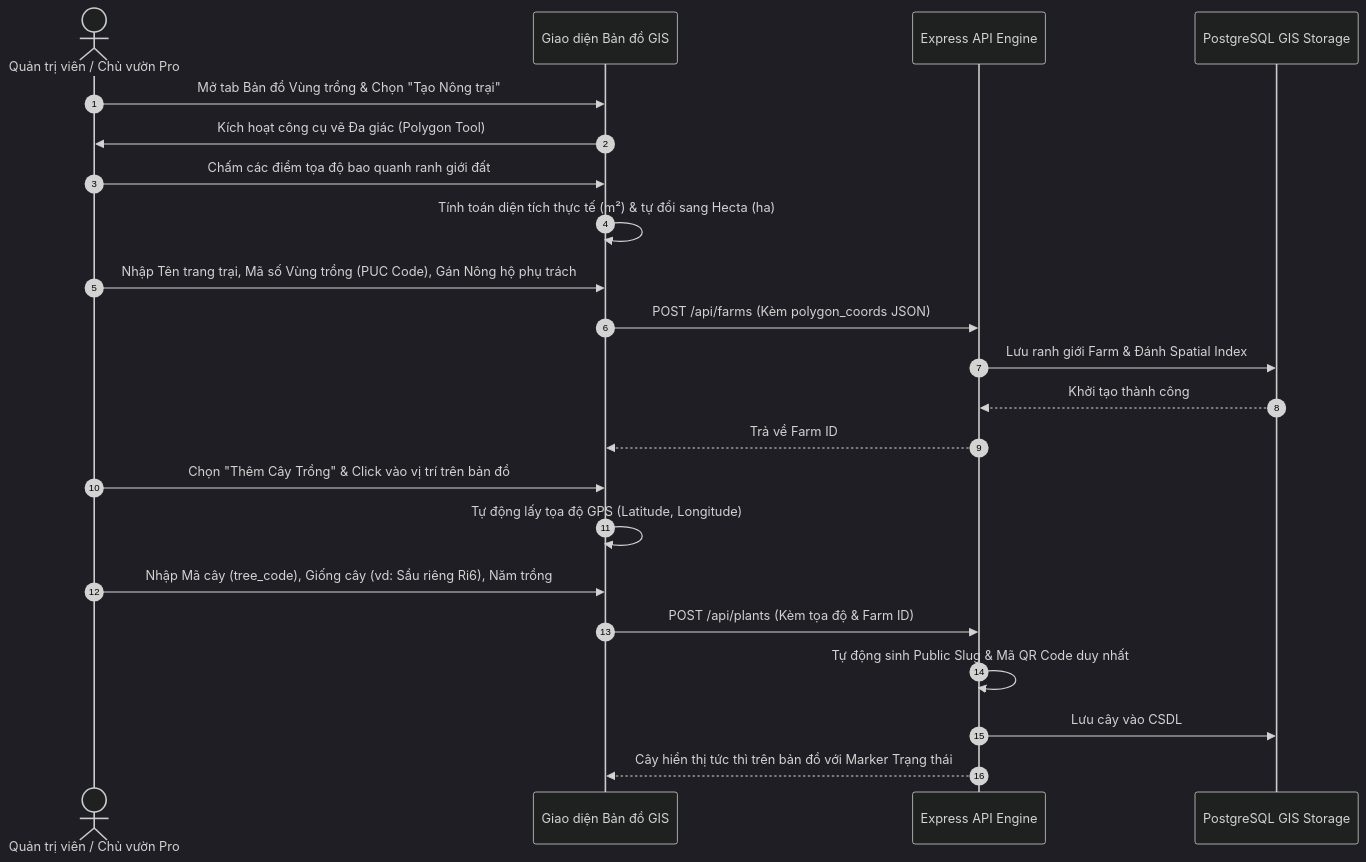
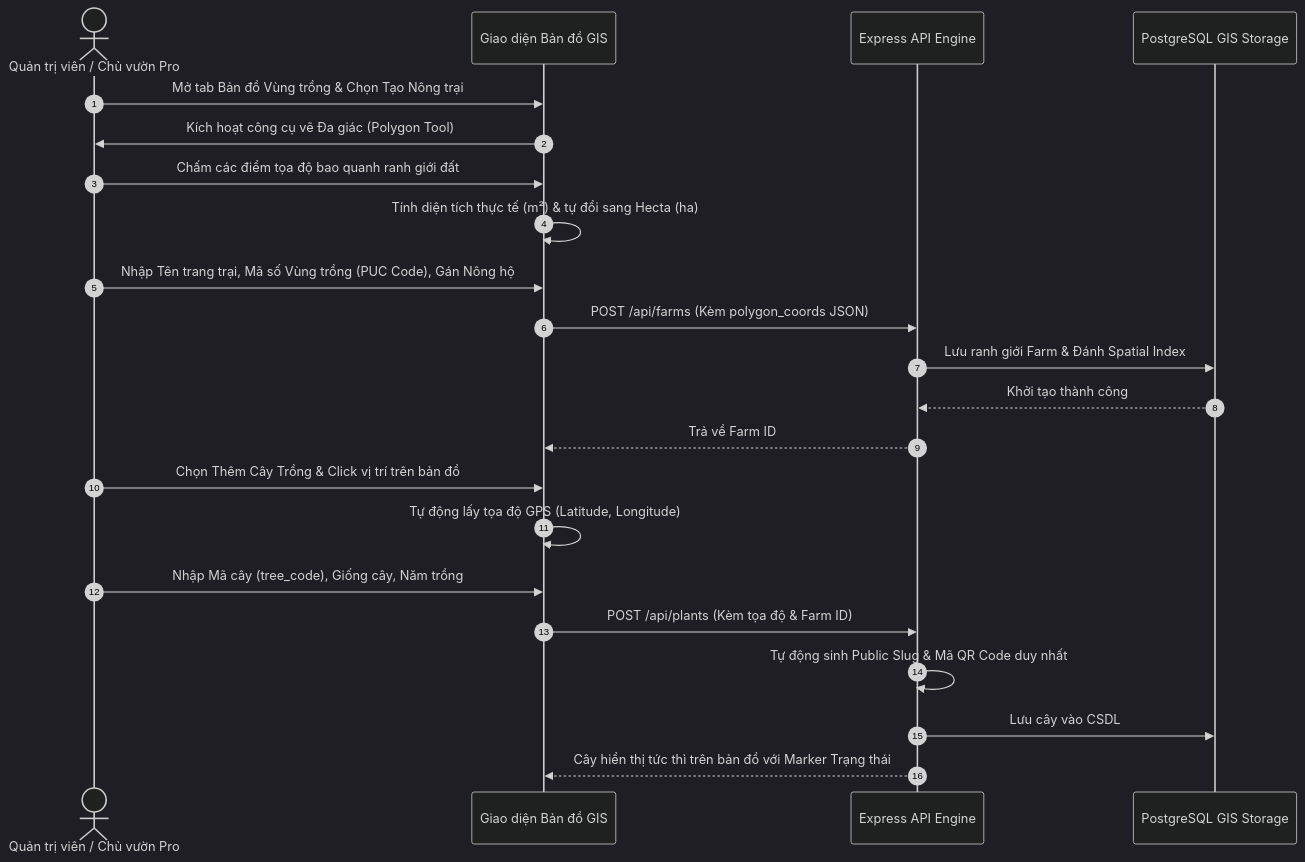
Before and after one commit to Phuc0901-pp/plant-book: the second of 6 diagrams in README.md, drawn with Mermaid (dark theme). The commit also changed other lines of this file, not shown here.

Commit message:
fix(docs): fix Mermaid diagram syntax and layout compatibility for GitHub rendering

````diff
--- a/README.md
+++ b/README.md
@@ -163,25 +163,25 @@
 ```mermaid
 sequenceDiagram
     autonumber
-    actor Admin as Quản trị viên / Chủ vườn Pro
-    participant Client as Giao diện Bản đồ GIS
-    participant Backend as Express API Engine
-    participant DB as PostgreSQL GIS Storage
+    actor A as Quản trị viên / Chủ vườn Pro
+    participant C as Giao diện Bản đồ GIS
+    participant B as Express API Engine
+    participant D as PostgreSQL GIS Storage
 
-    Admin->>Client: Mở tab Bản đồ Vùng trồng & Chọn "Tạo Nông trại"
-    Client->>Admin: Kích hoạt công cụ vẽ Đa giác (Polygon Tool)
-    Admin->>Client: Chấm các điểm tọa độ bao quanh ranh giới đất
-    Client->>Client: Tính toán diện tích thực tế (m²) & tự đổi sang Hecta (ha)
-    Admin->>Client: Nhập Tên trang trại, Mã số Vùng trồng (PUC Code), Gán Nông hộ phụ trách
-    Client->>Backend: POST /api/farms (Kèm polygon_coords JSON)
-    Backend->>DB: Lưu ranh giới Farm & Đánh Spatial Index
-    DB-->>Backend: Khởi tạo thành công
-    Backend-->>Client: Trả về Farm ID
-    Admin->>Client: Chọn "Thêm Cây Trồng" & Click vào vị trí trên bản đồ
-    Client->>Client: Tự động lấy tọa độ GPS (Latitude, Longitude)
-    Admin->>Client: Nhập Mã cây (tree_code), Giống cây (vd: Sầu riêng Ri6), Năm trồng
-    Client->>Backend: POST /api/plants (Kèm tọa độ & Farm ID)
-    Backend->>Backend: Tự động sinh Public Slug & Mã QR Code duy nhất
-    Backend->>DB: Lưu cây vào CSDL
-    Backend-->>Client: Cây hiển thị tức thì trên bản đồ với Marker Trạng thái
+    A->>C: Mở tab Bản đồ Vùng trồng & Chọn Tạo Nông trại
+    C->>A: Kích hoạt công cụ vẽ Đa giác (Polygon Tool)
+    A->>C: Chấm các điểm tọa độ bao quanh ranh giới đất
+    C->>C: Tính diện tích thực tế (m²) & tự đổi sang Hecta (ha)
+    A->>C: Nhập Tên trang trại, Mã số Vùng trồng (PUC Code), Gán Nông hộ
+    C->>B: POST /api/farms (Kèm polygon_coords JSON)
+    B->>D: Lưu ranh giới Farm & Đánh Spatial Index
+    D-->>B: Khởi tạo thành công
+    B-->>C: Trả về Farm ID
+    A->>C: Chọn Thêm Cây Trồng & Click vị trí trên bản đồ
+    C->>C: Tự động lấy tọa độ GPS (Latitude, Longitude)
+    A->>C: Nhập Mã cây (tree_code), Giống cây, Năm trồng
+    C->>B: POST /api/plants (Kèm tọa độ & Farm ID)
+    B->>B: Tự động sinh Public Slug & Mã QR Code duy nhất
+    B->>D: Lưu cây vào CSDL
+    B-->>C: Cây hiển thị tức thì trên bản đồ với Marker Trạng thái
 ```
````
